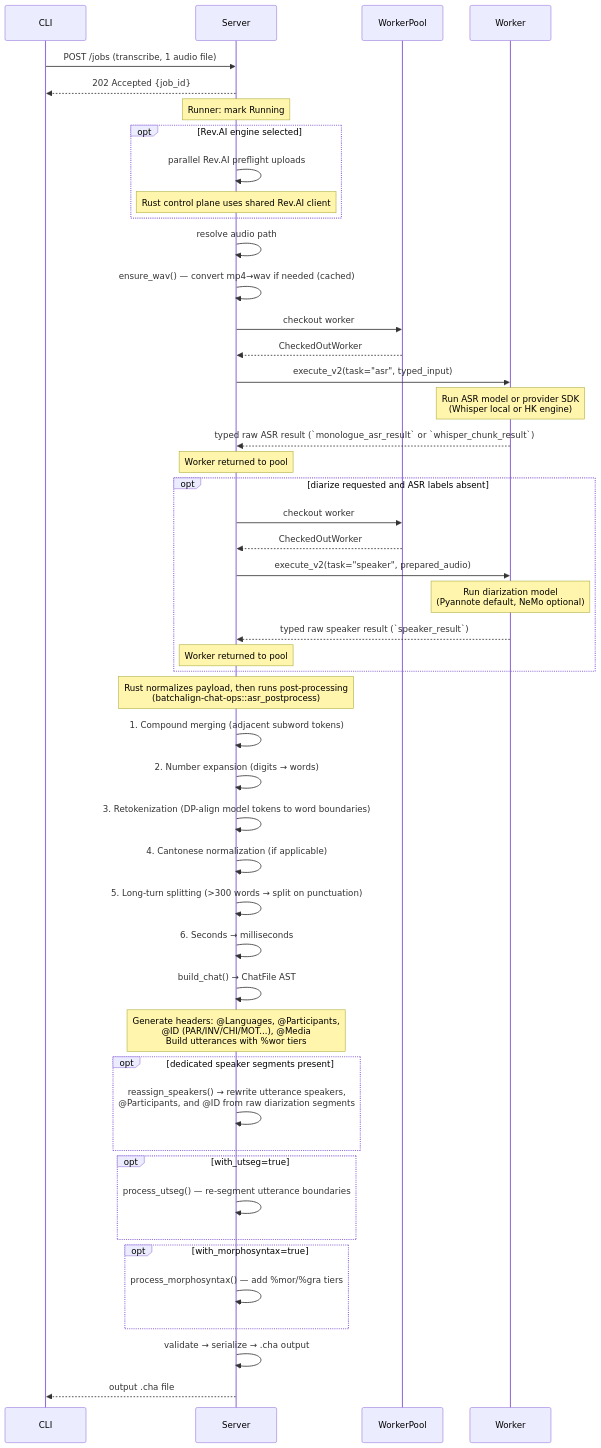
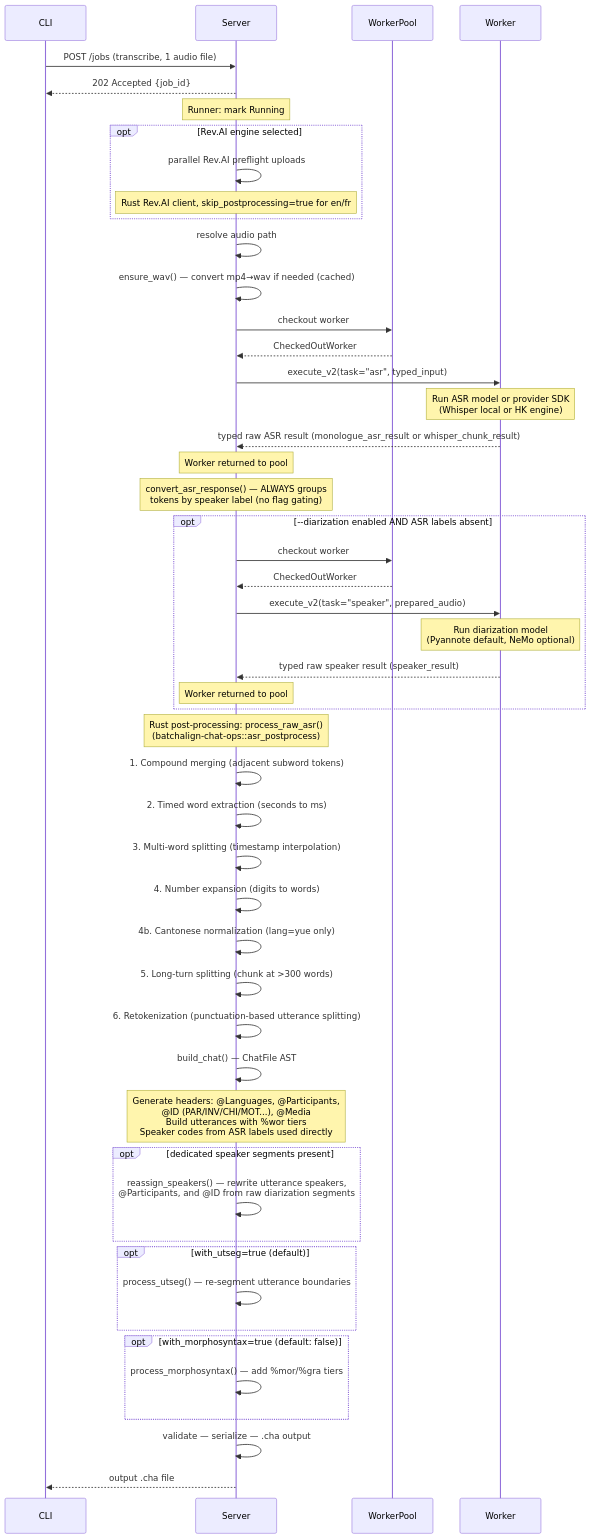
One commit to TalkBank/batchalign3 changed the third of 4 diagrams in book/src/architecture/command-lifecycles.md. Above: the diagram before and after it, drawn with Mermaid. The commit also changed other lines of this file and 123 other files, not shown here.

Commit message:
docs: consolidate migration, architecture, and testing guidance

````diff
--- a/book/src/architecture/command-lifecycles.md
+++ b/book/src/architecture/command-lifecycles.md
@@ -274,61 +286,64 @@
 ```mermaid
 sequenceDiagram
     participant CLI
     participant Server
     participant Pool as WorkerPool
     participant W as Worker
 
     CLI->>Server: POST /jobs (transcribe, 1 audio file)
     Server-->>CLI: 202 Accepted {job_id}
 
     Note over Server: Runner: mark Running
 
     opt Rev.AI engine selected
         Server->>Server: parallel Rev.AI preflight uploads
-        Note over Server: Rust control plane uses shared Rev.AI client
+        Note over Server: Rust Rev.AI client, skip_postprocessing=true for en/fr
     end
 
     Server->>Server: resolve audio path
     Server->>Server: ensure_wav() — convert mp4→wav if needed (cached)
     Server->>Pool: checkout worker
     Pool-->>Server: CheckedOutWorker
 
     Server->>W: execute_v2(task="asr", typed_input)
     Note over W: Run ASR model or provider SDK<br/>(Whisper local or HK engine)
-    W-->>Server: typed raw ASR result (`monologue_asr_result` or `whisper_chunk_result`)
+    W-->>Server: typed raw ASR result (monologue_asr_result or whisper_chunk_result)
     Note over Server: Worker returned to pool
 
-    opt diarize requested and ASR labels absent
+    Note over Server: convert_asr_response() — ALWAYS groups<br/>tokens by speaker label (no flag gating)
+
+    opt --diarization enabled AND ASR labels absent
         Server->>Pool: checkout worker
         Pool-->>Server: CheckedOutWorker
         Server->>W: execute_v2(task="speaker", prepared_audio)
         Note over W: Run diarization model<br/>(Pyannote default, NeMo optional)
-        W-->>Server: typed raw speaker result (`speaker_result`)
+        W-->>Server: typed raw speaker result (speaker_result)
         Note over Server: Worker returned to pool
     end
 
-    Note over Server: Rust normalizes payload, then runs post-processing<br/>(batchalign-chat-ops::asr_postprocess)
+    Note over Server: Rust post-processing: process_raw_asr()<br/>(batchalign-chat-ops::asr_postprocess)
 
     Server->>Server: 1. Compound merging (adjacent subword tokens)
-    Server->>Server: 2. Number expansion (digits → words)
-    Server->>Server: 3. Retokenization (DP-align model tokens to word boundaries)
-    Server->>Server: 4. Cantonese normalization (if applicable)
-    Server->>Server: 5. Long-turn splitting (>300 words → split on punctuation)
-    Server->>Server: 6. Seconds → milliseconds
+    Server->>Server: 2. Timed word extraction (seconds to ms)
+    Server->>Server: 3. Multi-word splitting (timestamp interpolation)
+    Server->>Server: 4. Number expansion (digits to words)
+    Server->>Server: 4b. Cantonese normalization (lang=yue only)
+    Server->>Server: 5. Long-turn splitting (chunk at >300 words)
+    Server->>Server: 6. Retokenization (punctuation-based utterance splitting)
 
-    Server->>Server: build_chat() → ChatFile AST
-    Note over Server: Generate headers: @Languages, @Participants,<br/>@ID (PAR/INV/CHI/MOT...), @Media<br/>Build utterances with %wor tiers
+    Server->>Server: build_chat() — ChatFile AST
+    Note over Server: Generate headers: @Languages, @Participants,<br/>@ID (PAR/INV/CHI/MOT...), @Media<br/>Build utterances with %wor tiers<br/>Speaker codes from ASR labels used directly
     opt dedicated speaker segments present
-        Server->>Server: reassign_speakers() → rewrite utterance speakers,<br/>@Participants, and @ID from raw diarization segments
+        Server->>Server: reassign_speakers() — rewrite utterance speakers,<br/>@Participants, and @ID from raw diarization segments
     end
 
-    opt with_utseg=true
+    opt with_utseg=true (default)
         Server->>Server: process_utseg() — re-segment utterance boundaries
     end
-    opt with_morphosyntax=true
+    opt with_morphosyntax=true (default: false)
         Server->>Server: process_morphosyntax() — add %mor/%gra tiers
     end
 
-    Server->>Server: validate → serialize → .cha output
+    Server->>Server: validate — serialize — .cha output
     Server-->>CLI: output .cha file
 ```
````
